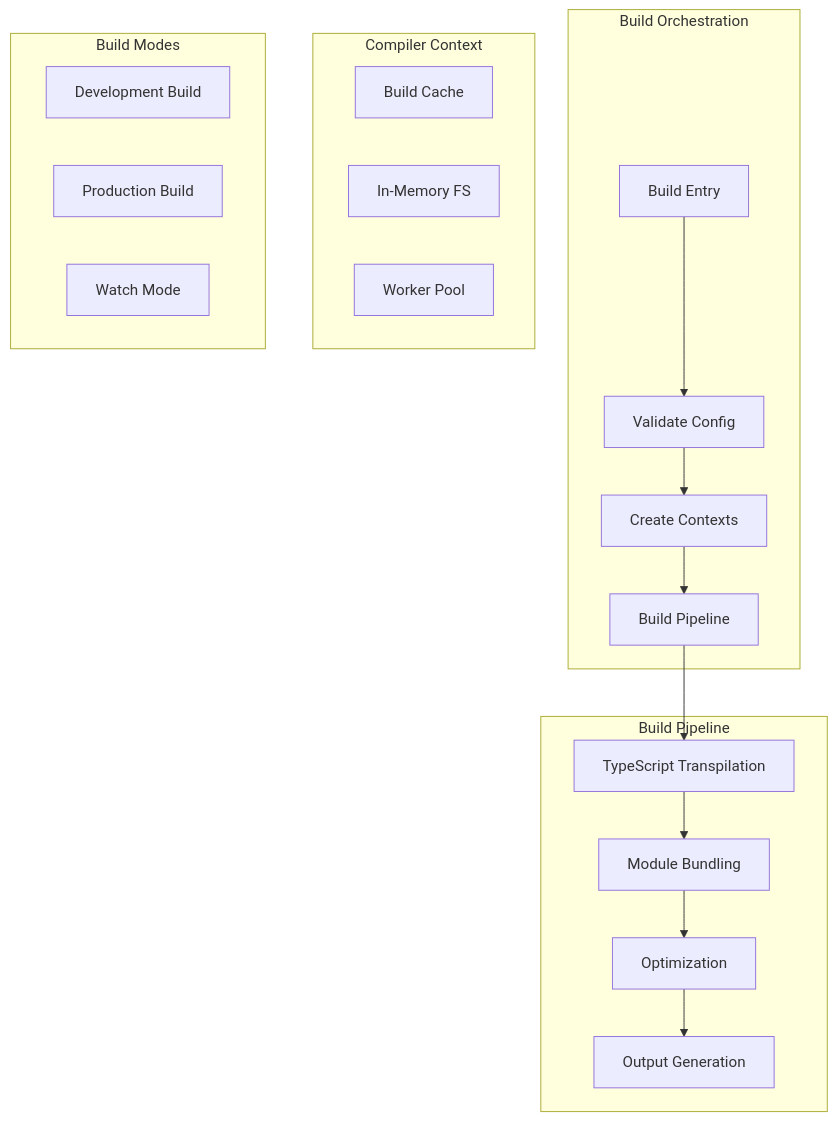
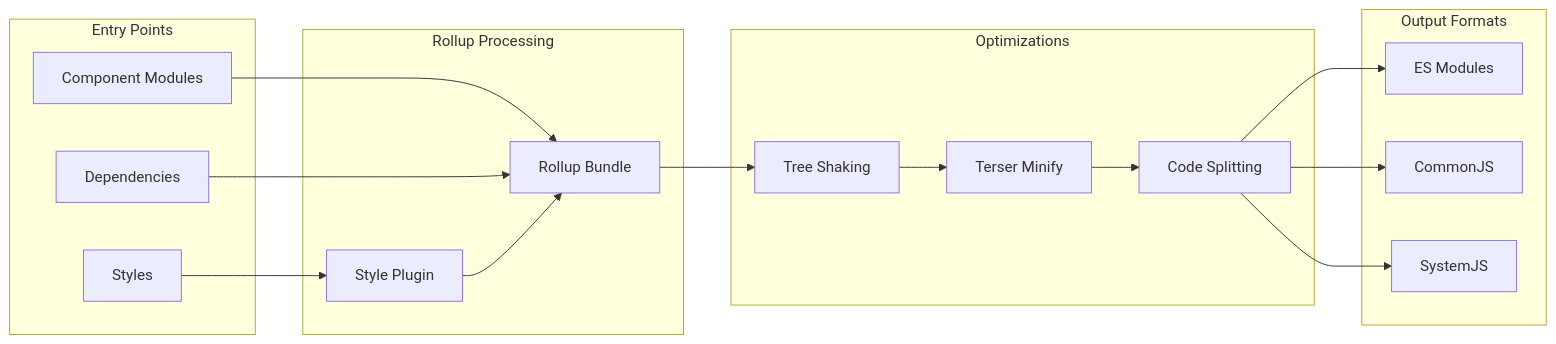
The fifth of 14 diagrams in docs/compiler.md (stenciljs/core), drawn with Mermaid before and after one commit. The commit also changed other lines of this file, not shown here.

Commit message:
improve compiler docs

````diff
--- a/docs/compiler.md
+++ b/docs/compiler.md
@@ -9,27 +409,27 @@
 ```mermaid
-graph TD
-    subgraph "Build Orchestration"
-        Entry[Build Entry] --> Validate[Validate Config]
-        Validate --> Context[Create Contexts]
-        Context --> Pipeline[Build Pipeline]
+graph LR
+    subgraph "Entry Points"
+        Components[Component Modules]
+        Dependencies[Dependencies]
+        Styles[Styles]
     end
     
-    subgraph "Build Pipeline"
-        Pipeline --> Transpile[TypeScript Transpilation]
-        Transpile --> Bundle[Module Bundling]
-        Bundle --> Optimize[Optimization]
-        Optimize --> Generate[Output Generation]
+    subgraph "Rollup Processing"
+        Components --> Bundle[Rollup Bundle]
+        Dependencies --> Bundle
+        Styles --> StylePlugin[Style Plugin]
+        StylePlugin --> Bundle
     end
     
-    subgraph "Compiler Context"
-        Cache[Build Cache]
-        FileSystem[In-Memory FS]
-        Workers[Worker Pool]
+    subgraph "Optimizations"
+        Bundle --> TreeShake[Tree Shaking]
+        TreeShake --> Minify[Terser Minify]
+        Minify --> Chunks[Code Splitting]
     end
     
-    subgraph "Build Modes"
-        Dev[Development Build]
-        Prod[Production Build]
-        Watch[Watch Mode]
+    subgraph "Output Formats"
+        Chunks --> ESM[ES Modules]
+        Chunks --> CJS[CommonJS]
+        Chunks --> SystemJS[SystemJS]
     end
 ```
````
